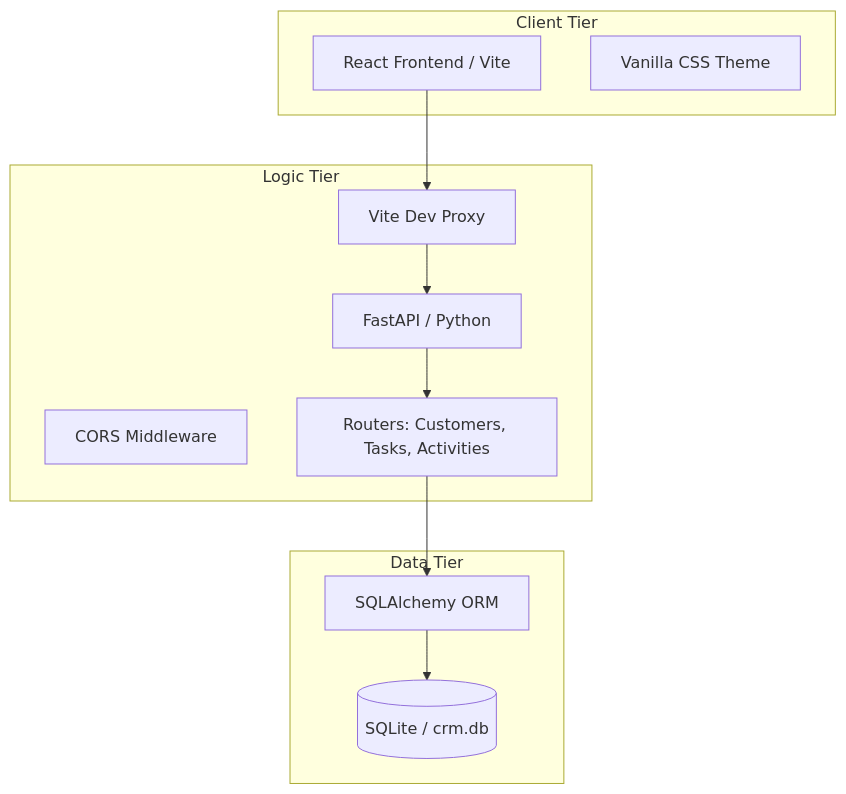
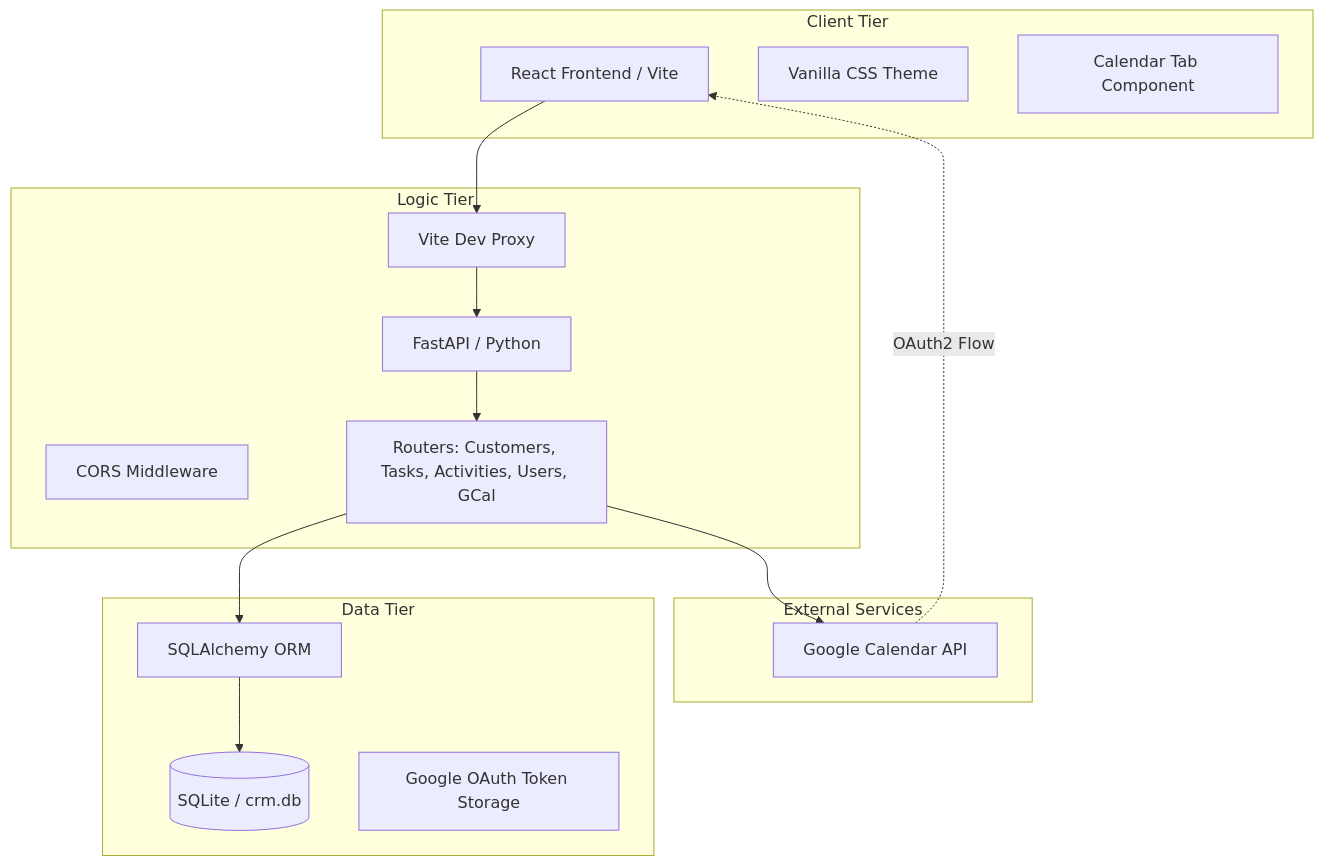
One commit to UrsushoribilisMusic/crm-poc changed the first of 2 diagrams in crm-poc-architecture.md. Above: the diagram before and after it, drawn with Mermaid. The commit also changed other lines of this file and 3 other files, not shown here.

Commit message:
docs: update architecture and readme for v1.1.0 and initialize Phase 3

````diff
--- a/crm-poc-architecture.md
+++ b/crm-poc-architecture.md
@@ -8,25 +8,33 @@
 ```mermaid
 graph TD
     subgraph Client_Tier [Client Tier]
         UI[React Frontend / Vite]
         Style[Vanilla CSS Theme]
+        CalendarView[Calendar Tab Component]
     end
 
     subgraph Logic_Tier [Logic Tier]
         Proxy[Vite Dev Proxy]
         API[FastAPI / Python]
         Auth[CORS Middleware]
-        Router[Routers: Customers, Tasks, Activities]
+        Router[Routers: Customers, Tasks, Activities, Users, GCal]
     end
 
     subgraph Data_Tier [Data Tier]
         ORM[SQLAlchemy ORM]
         DB[(SQLite / crm.db)]
+        GAuth[Google OAuth Token Storage]
+    end
+
+    subgraph External_Services [External Services]
+        GCal[Google Calendar API]
     end
 
     UI --> Proxy
     Proxy --> API
     API --> Router
     Router --> ORM
     ORM --> DB
+    Router --> GCal
+    GCal -. OAuth2 Flow .-> UI
 ```
````
